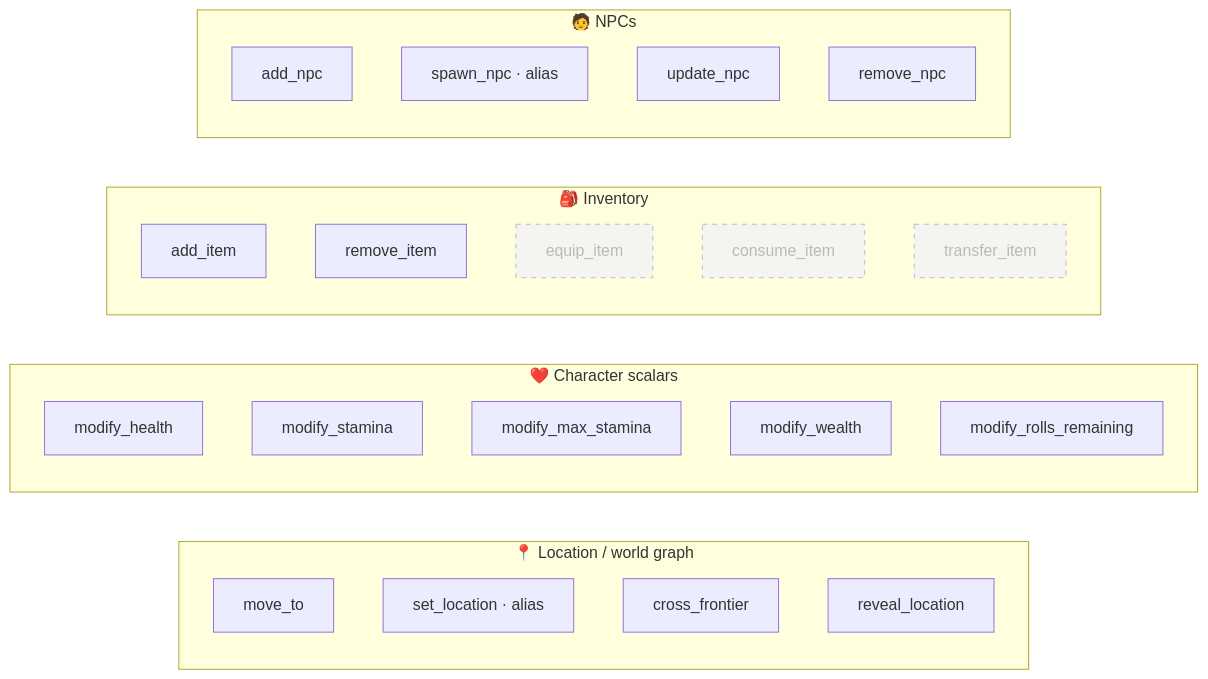
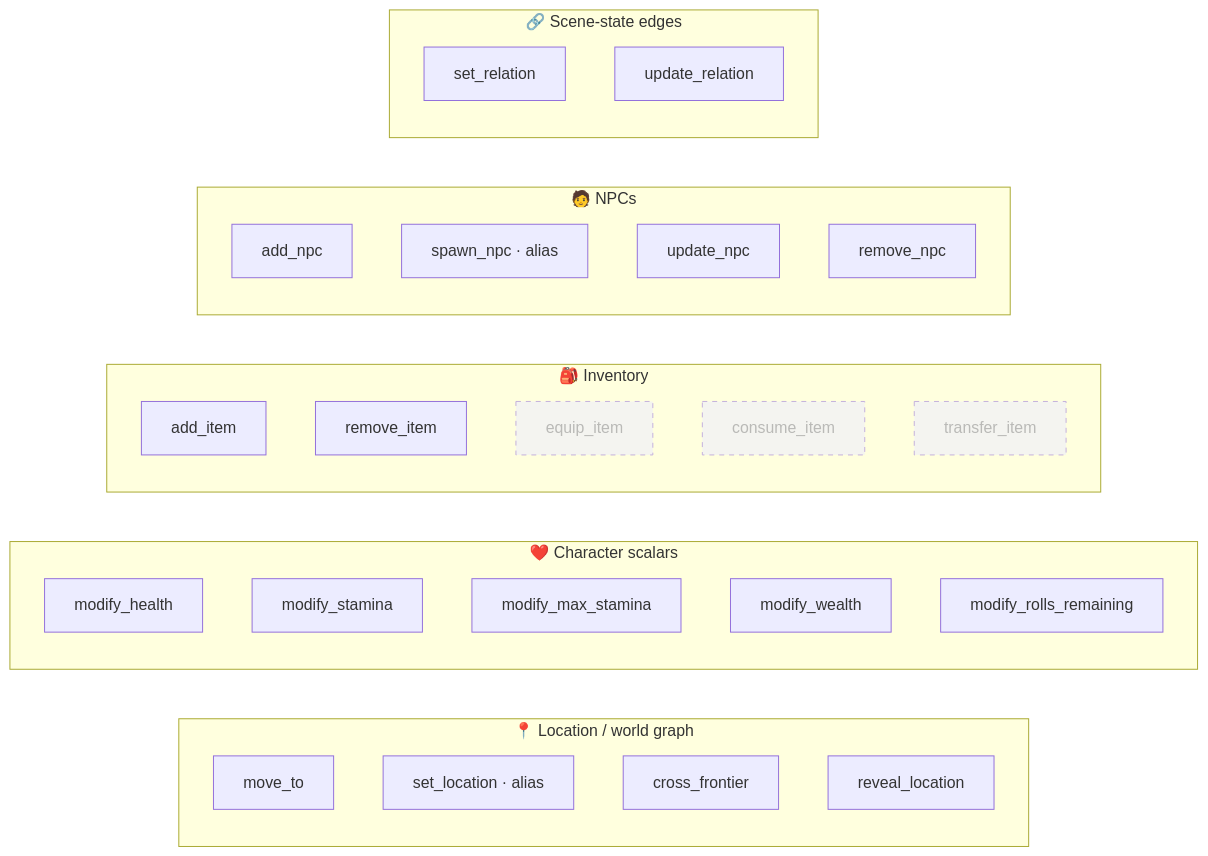
Before and after one commit to WernerVdM97/daily-pixel: the third of 4 diagrams in docs/engine/action-engine-framework.md, drawn with Mermaid. The commit also changed other lines of this file and 9 other files, not shown here.

````diff
--- a/docs/engine/action-engine-framework.md
+++ b/docs/engine/action-engine-framework.md
@@ -144,30 +144,34 @@
 ```mermaid
 flowchart LR
   subgraph LOC["📍 Location / world graph"]
     m1[move_to]
     m2["set_location · alias"]
     m3[cross_frontier]
     m4[reveal_location]
   end
   subgraph CHAR["❤️ Character scalars"]
     m5[modify_health]
     m6[modify_stamina]
     m7[modify_max_stamina]
     m8[modify_wealth]
     m9[modify_rolls_remaining]
   end
   subgraph INV["🎒 Inventory"]
     m10[add_item]
     m11[remove_item]
     f1[equip_item]:::future
     f2[consume_item]:::future
     f3[transfer_item]:::future
   end
   subgraph NPCG["🧑 NPCs"]
     m12[add_npc]
     m13["spawn_npc · alias"]
     m14[update_npc]
     m15[remove_npc]
   end
+  subgraph EDGE["🔗 Scene-state edges"]
+    m16[set_relation]
+    m17[update_relation]
+  end
   classDef future stroke-dasharray:5 5,opacity:0.55
 ```
````
